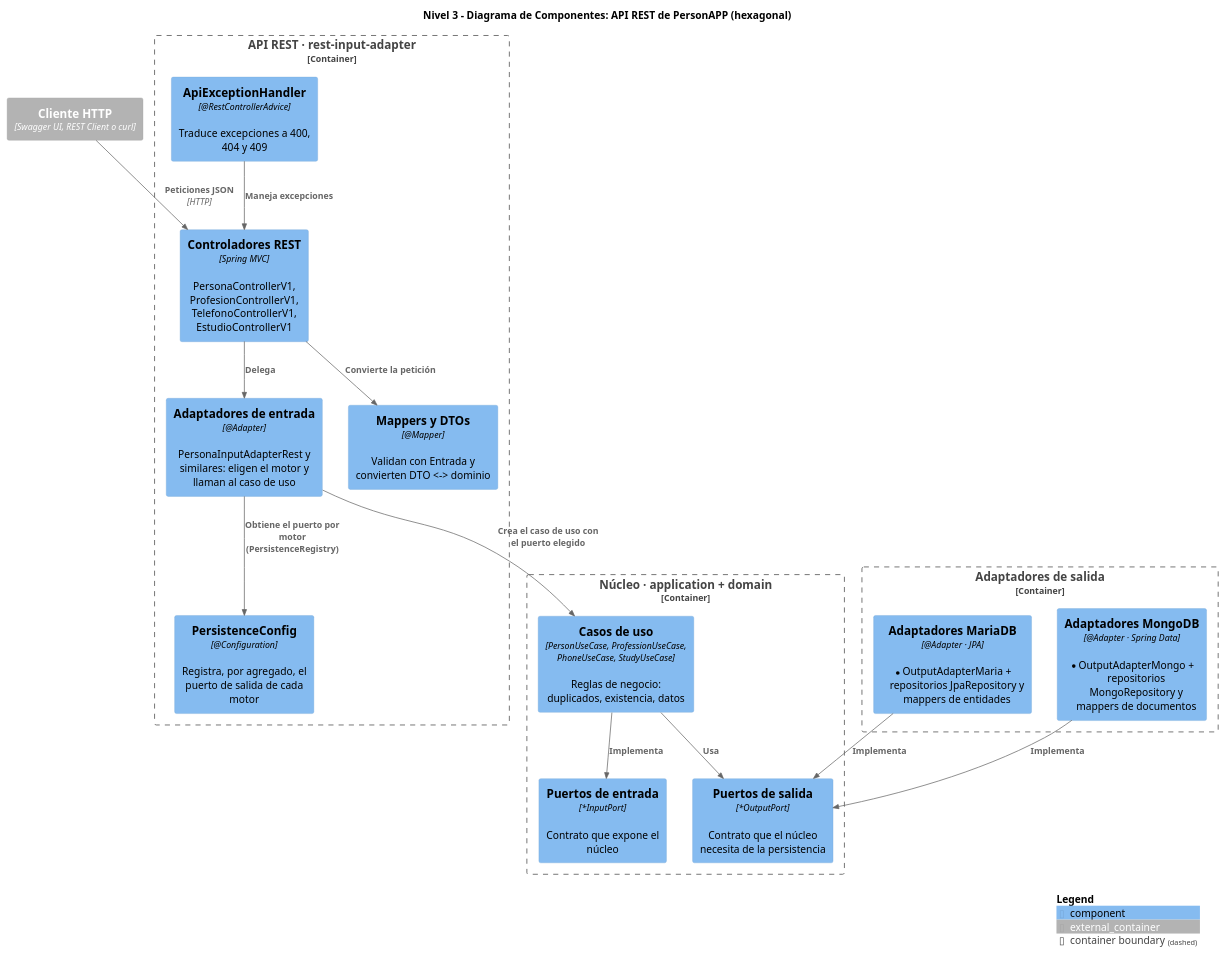
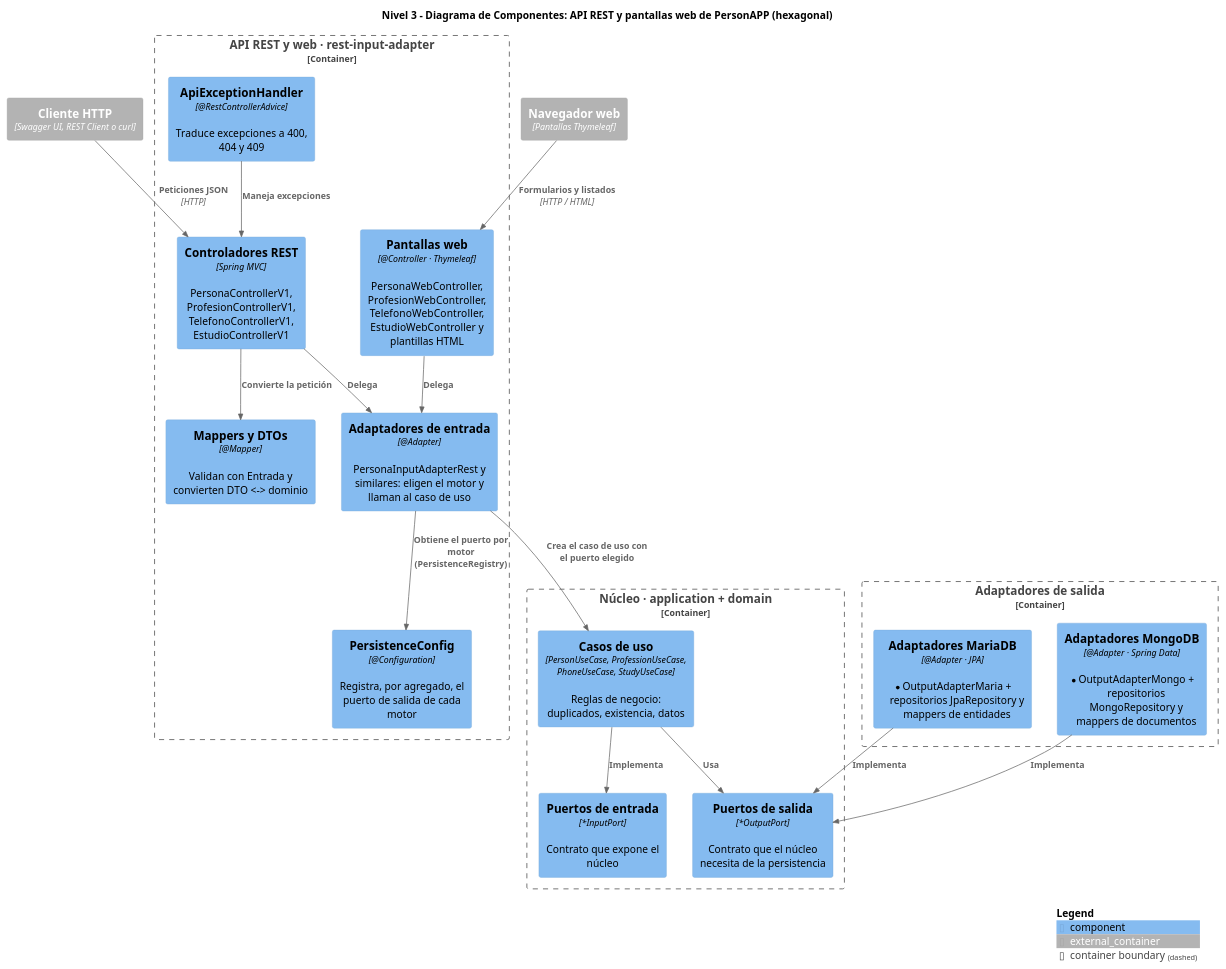
One commit to andres-karoll/personapp-hexa-spring-boot changed the diagram in docs/diagramas/04_componentes.puml. Above: the diagram before and after it, drawn with PlantUML. The commit also changed 14 other files, not shown here.

First line of the commit message:
Actualiza diagramas C4 con las pantallas web

```diff
--- a/docs/diagramas/04_componentes.puml
+++ b/docs/diagramas/04_componentes.puml
@@ -1,40 +1,44 @@
 @startuml 04_componentes
 !include https://raw.githubusercontent.com/plantuml-stdlib/C4-PlantUML/v2.10.0/C4_Component.puml
 LAYOUT_TOP_DOWN()
 hide stereotype
-title Nivel 3 - Diagrama de Componentes: API REST de PersonAPP (hexagonal)
+title Nivel 3 - Diagrama de Componentes: API REST y pantallas web de PersonAPP (hexagonal)
 
 Container_Ext(cliente, "Cliente HTTP", "Swagger UI, REST Client o curl")
+Container_Ext(navegador, "Navegador web", "Pantallas Thymeleaf")
 
-Container_Boundary(api, "API REST · rest-input-adapter") {
+Container_Boundary(api, "API REST y web · rest-input-adapter") {
   Component(ctrl, "Controladores REST", "Spring MVC", "PersonaControllerV1, ProfesionControllerV1, TelefonoControllerV1, EstudioControllerV1")
+  Component(web, "Pantallas web", "@Controller · Thymeleaf", "PersonaWebController, ProfesionWebController, TelefonoWebController, EstudioWebController y plantillas HTML")
   Component(err, "ApiExceptionHandler", "@RestControllerAdvice", "Traduce excepciones a 400, 404 y 409")
   Component(inadp, "Adaptadores de entrada", "@Adapter", "PersonaInputAdapterRest y similares: eligen el motor y llaman al caso de uso")
   Component(map, "Mappers y DTOs", "@Mapper", "Validan con Entrada y convierten DTO <-> dominio")
   Component(cfg, "PersistenceConfig", "@Configuration", "Registra, por agregado, el puerto de salida de cada motor")
 }
 
 Container_Boundary(app, "Núcleo · application + domain") {
   Component(uc, "Casos de uso", "PersonUseCase, ProfessionUseCase, PhoneUseCase, StudyUseCase", "Reglas de negocio: duplicados, existencia, datos")
   Component(pin, "Puertos de entrada", "*InputPort", "Contrato que expone el núcleo")
   Component(pout, "Puertos de salida", "*OutputPort", "Contrato que el núcleo necesita de la persistencia")
 }
 
 Container_Boundary(out, "Adaptadores de salida") {
   Component(maria, "Adaptadores MariaDB", "@Adapter · JPA", "*OutputAdapterMaria + repositorios JpaRepository y mappers de entidades")
   Component(mongoA, "Adaptadores MongoDB", "@Adapter · Spring Data", "*OutputAdapterMongo + repositorios MongoRepository y mappers de documentos")
 }
 
 Rel(cliente, ctrl, "Peticiones JSON", "HTTP")
+Rel(navegador, web, "Formularios y listados", "HTTP / HTML")
 Rel(ctrl, map, "Convierte la petición")
 Rel(ctrl, inadp, "Delega")
+Rel(web, inadp, "Delega")
 Rel(err, ctrl, "Maneja excepciones")
 Rel(inadp, cfg, "Obtiene el puerto por motor (PersistenceRegistry)")
 Rel(inadp, uc, "Crea el caso de uso con el puerto elegido")
 Rel(uc, pin, "Implementa")
 Rel(uc, pout, "Usa")
 Rel(maria, pout, "Implementa")
 Rel(mongoA, pout, "Implementa")
 
 SHOW_LEGEND()
 @enduml
```
